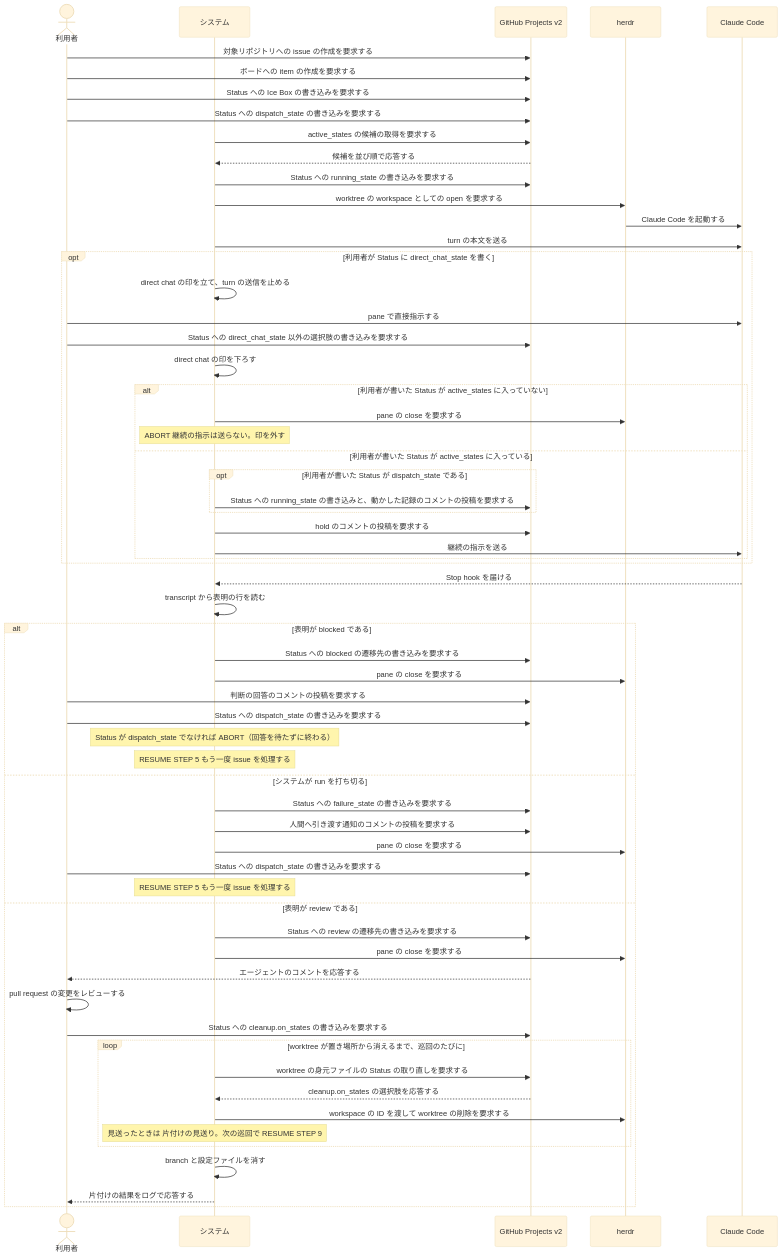
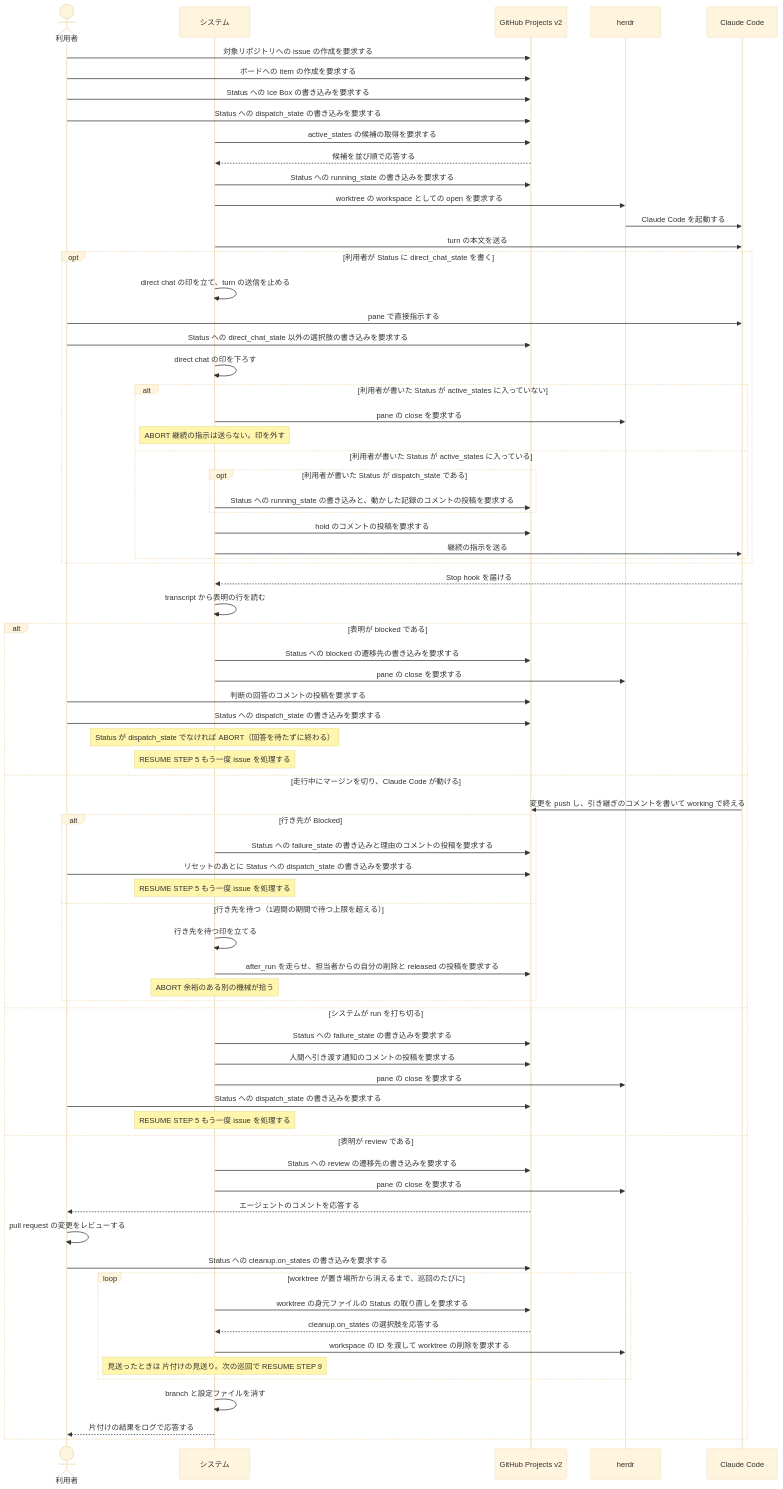
Before and after one commit to maimuzo/continuo: the second of 2 diagrams in docs/spec/usecases/scenario/issueを着手から片付けまで見届ける.rucm.md, drawn with Mermaid (base theme). The commit also changed other lines of this file and 91 other files, not shown here.

Commit message:
レートリミットのマージンを切ったら走っている run を切り上げさせる 担当が自分の issue も着手の前にマージンを見て Blocked へ戻すか担当を外し ダッシュボードにレートリミットの区画を足して打ち切りの文面に使用率を載せる

````diff
--- a/docs/spec/usecases/scenario/issueを着手から片付けまで見届ける.rucm.md
+++ b/docs/spec/usecases/scenario/issueを着手から片付けまで見届ける.rucm.md
@@ -314,69 +360,80 @@
 ```mermaid
 sequenceDiagram
     actor U as 利用者
     participant S as システム
     participant GH as GitHub Projects v2
     participant H as herdr
     participant CC as Claude Code
 
     U->>GH: 対象リポジトリへの issue の作成を要求する
     U->>GH: ボードへの item の作成を要求する
     U->>GH: Status への Ice Box の書き込みを要求する
     U->>GH: Status への dispatch_state の書き込みを要求する
 
     S->>GH: active_states の候補の取得を要求する
     GH-->>S: 候補を並び順で応答する
     S->>GH: Status への running_state の書き込みを要求する
     S->>H: worktree の workspace としての open を要求する
     H->>CC: Claude Code を起動する
     S->>CC: turn の本文を送る
 
     opt 利用者が Status に direct_chat_state を書く
         S->>S: direct chat の印を立て、turn の送信を止める
         U->>CC: pane で直接指示する
         U->>GH: Status への direct_chat_state 以外の選択肢の書き込みを要求する
         S->>S: direct chat の印を下ろす
         alt 利用者が書いた Status が active_states に入っていない
             S->>H: pane の close を要求する
             Note over S: ABORT 継続の指示は送らない。印を外す
         else 利用者が書いた Status が active_states に入っている
             opt 利用者が書いた Status が dispatch_state である
                 S->>GH: Status への running_state の書き込みと、動かした記録のコメントの投稿を要求する
             end
             S->>GH: hold のコメントの投稿を要求する
             S->>CC: 継続の指示を送る
         end
     end
 
     CC-->>S: Stop hook を届ける
     S->>S: transcript から表明の行を読む
 
     alt 表明が blocked である
         S->>GH: Status への blocked の遷移先の書き込みを要求する
         S->>H: pane の close を要求する
         U->>GH: 判断の回答のコメントの投稿を要求する
         U->>GH: Status への dispatch_state の書き込みを要求する
         Note over S: Status が dispatch_state でなければ ABORT（回答を待たずに終わる）
         Note over S: RESUME STEP 5 もう一度 issue を処理する
+    else 走行中にマージンを切り、Claude Code が動ける
+        CC->>GH: 変更を push し、引き継ぎのコメントを書いて working で終える
+        alt 行き先が Blocked
+            S->>GH: Status への failure_state の書き込みと理由のコメントの投稿を要求する
+            U->>GH: リセットのあとに Status への dispatch_state の書き込みを要求する
+            Note over S: RESUME STEP 5 もう一度 issue を処理する
+        else 行き先を待つ（1週間の期間で待つ上限を超える）
+            S->>S: 行き先を待つ印を立てる
+            S->>GH: after_run を走らせ、担当者からの自分の削除と released の投稿を要求する
+            Note over S: ABORT 余裕のある別の機械が拾う
+        end
     else システムが run を打ち切る
         S->>GH: Status への failure_state の書き込みを要求する
         S->>GH: 人間へ引き渡す通知のコメントの投稿を要求する
         S->>H: pane の close を要求する
         U->>GH: Status への dispatch_state の書き込みを要求する
         Note over S: RESUME STEP 5 もう一度 issue を処理する
     else 表明が review である
         S->>GH: Status への review の遷移先の書き込みを要求する
         S->>H: pane の close を要求する
         GH-->>U: エージェントのコメントを応答する
         U->>U: pull request の変更をレビューする
         U->>GH: Status への cleanup.on_states の書き込みを要求する
         loop worktree が置き場所から消えるまで、巡回のたびに
             S->>GH: worktree の身元ファイルの Status の取り直しを要求する
             GH-->>S: cleanup.on_states の選択肢を応答する
             S->>H: workspace の ID を渡して worktree の削除を要求する
             Note over S: 見送ったときは 片付けの見送り。次の巡回で RESUME STEP 9
         end
         S->>S: branch と設定ファイルを消す
         S-->>U: 片付けの結果をログで応答する
     end
 ```
````
